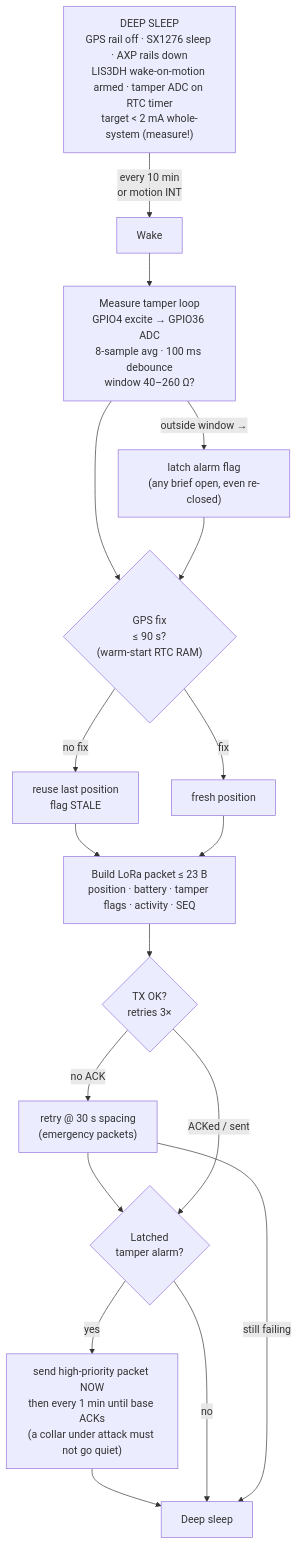
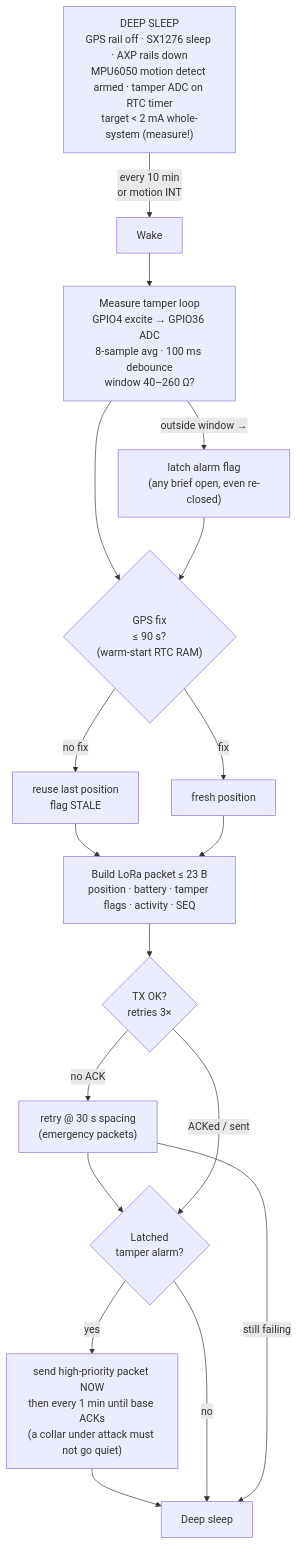
Before and after one commit to qppd/smart-collar: the first of 4 diagrams in docs/FLOWCHART.md, drawn with Mermaid. The commit also changed 9 other files, not shown here.

First line of the commit message:
Switch accelerometer from LIS3DH to MPU6050

````diff
--- a/docs/FLOWCHART.md
+++ b/docs/FLOWCHART.md
@@ -11,21 +11,21 @@
 ```mermaid
 flowchart TB
-    SLEEP["DEEP SLEEP<br/>GPS rail off · SX1276 sleep · AXP rails down<br/>LIS3DH wake-on-motion armed · tamper ADC on RTC timer<br/>target &lt; 2 mA whole-system (measure!)"]
+    SLEEP["DEEP SLEEP<br/>GPS rail off · SX1276 sleep · AXP rails down<br/>MPU6050 motion detect armed · tamper ADC on RTC timer<br/>target &lt; 2 mA whole-system (measure!)"]
     SLEEP -- "every 10 min<br/>or motion INT" --> WAKE["Wake"]
     WAKE --> TAMPER["Measure tamper loop<br/>GPIO4 excite → GPIO36 ADC<br/>8-sample avg · 100 ms debounce<br/>window 40–260 Ω?"]
     TAMPER --> GFIX{"GPS fix<br/>≤ 90 s?<br/>(warm-start RTC RAM)"}
     GFIX -- "no fix" --> STALE["reuse last position<br/>flag STALE"]
     GFIX -- "fix" --> POS["fresh position"]
     STALE --> PKT
     POS --> PKT["Build LoRa packet ≤ 23 B<br/>position · battery · tamper flags · activity · SEQ"]
     PKT --> TX{"TX OK?<br/>retries 3×"}
     TX -- "no ACK" --> RETRY["retry @ 30 s spacing<br/>(emergency packets)"]
     RETRY --> LATCHQ
     TX -- "ACKed / sent" --> LATCHQ{"Latched<br/>tamper alarm?"}
     LATCHQ -- "yes" --> NOW["send high-priority packet NOW<br/>then every 1 min until base ACKs<br/>(a collar under attack must not go quiet)"]
     NOW --> BACK
     LATCHQ -- "no" --> BACK["Deep sleep"]
     RETRY -- "still failing" --> BACK
     TAMPER -- "outside window →" --> LATCHEV["latch alarm flag<br/>(any brief open, even re-closed)"]
     LATCHEV --> GFIX
 ```
````
